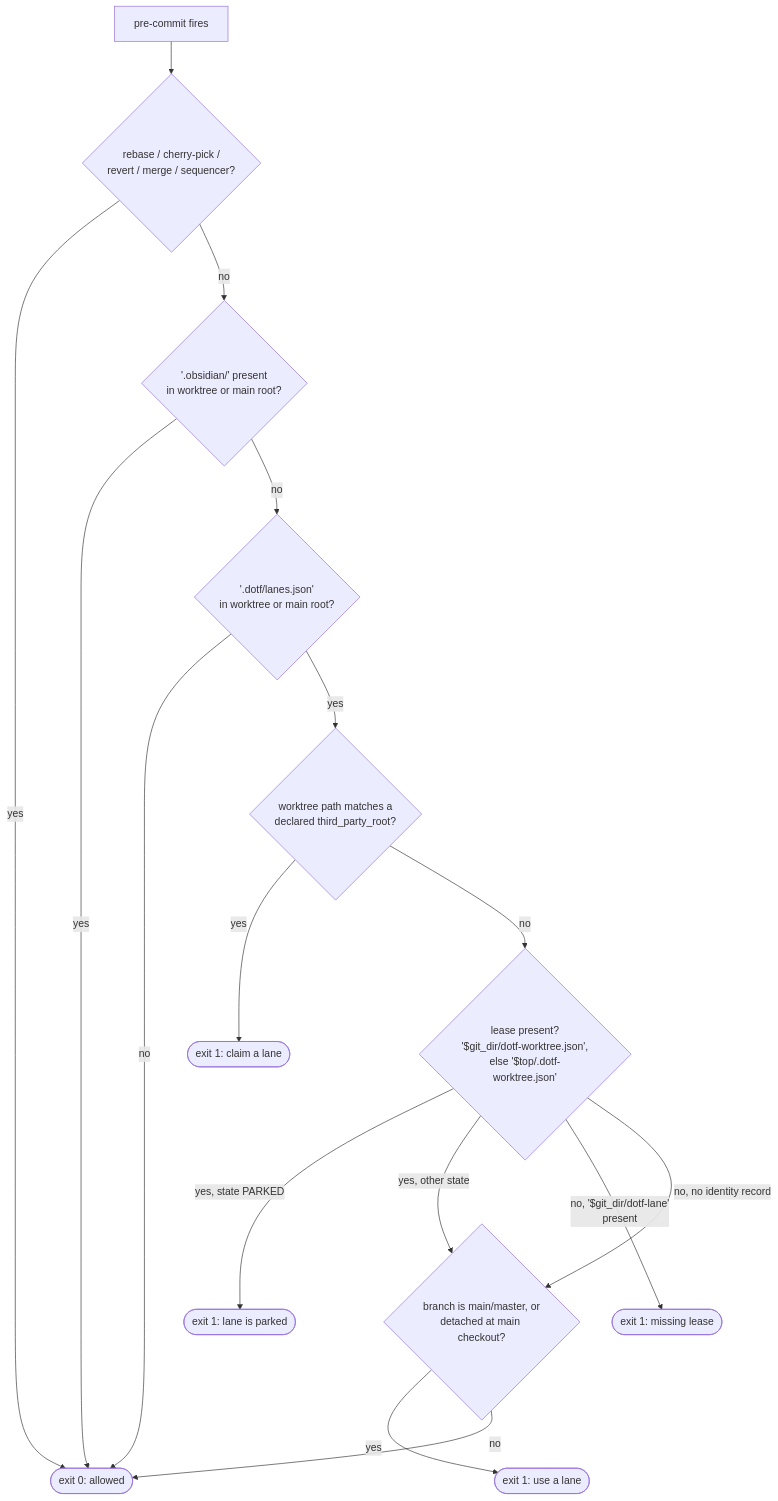
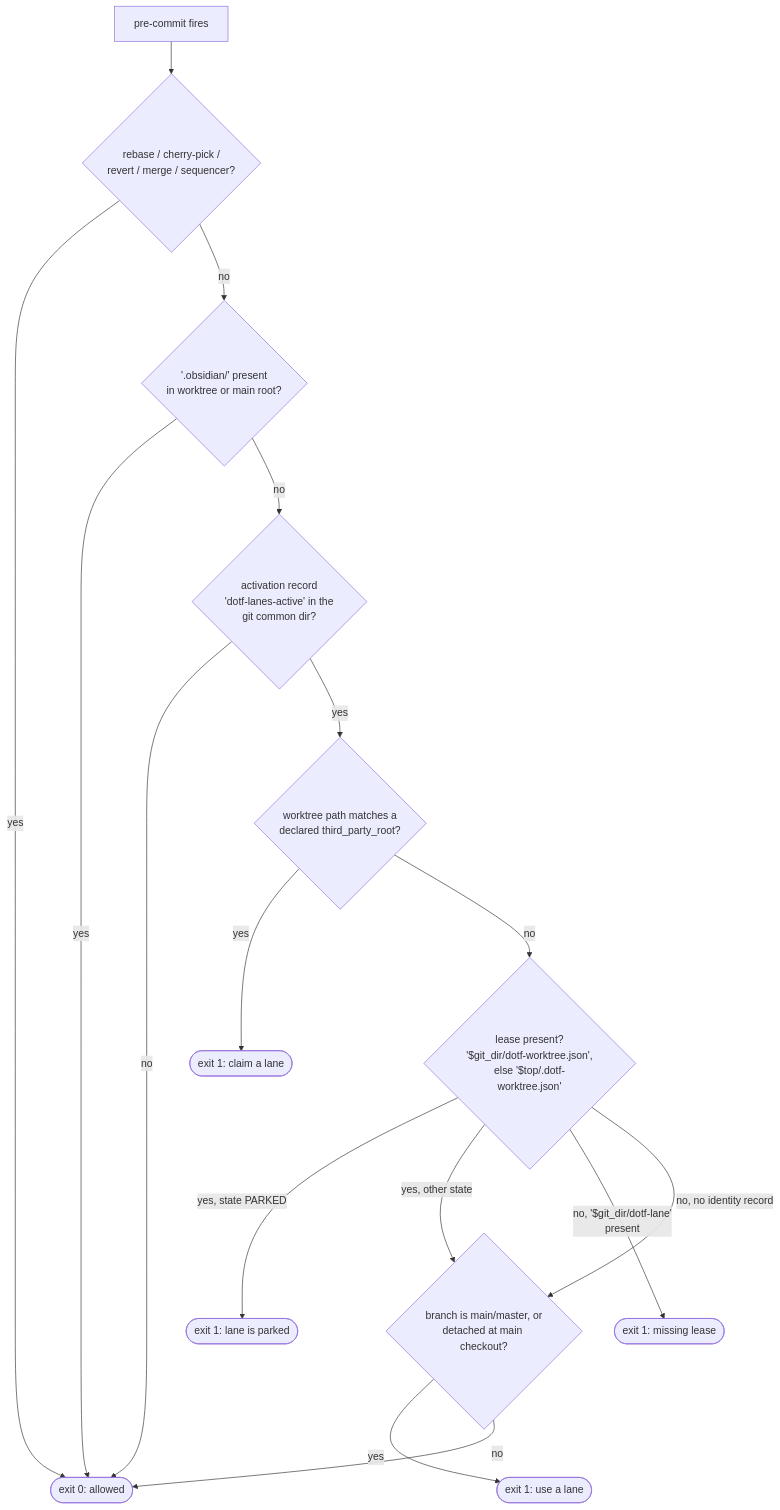
Before and after one commit to mlorentedev/dotfiles: the second of 3 diagrams in docs/runbooks/guide-persistent-named-lanes.md, drawn with Mermaid. The commit also changed other lines of this file and 9 other files, not shown here.

First line of the commit message:
fix(lane-guard): arm from the activation record, never from a marker

````diff
--- a/docs/runbooks/guide-persistent-named-lanes.md
+++ b/docs/runbooks/guide-persistent-named-lanes.md
@@ -98,19 +109,19 @@
 ```mermaid
 flowchart TD
   A[pre-commit fires] --> B{rebase / cherry-pick /<br/>revert / merge / sequencer?}
   B -->|yes| OK([exit 0: allowed])
   B -->|no| C{'.obsidian/' present<br/>in worktree or main root?}
   C -->|yes| OK
-  C -->|no| D{'.dotf/lanes.json'<br/>in worktree or main root?}
+  C -->|no| D{activation record<br/>'dotf-lanes-active' in the<br/>git common dir?}
   D -->|no| OK
   D -->|yes| E{worktree path matches a<br/>declared third_party_root?}
   E -->|yes| B1([exit 1: claim a lane])
   E -->|no| F{lease present?<br/>'$git_dir/dotf-worktree.json',<br/>else '$top/.dotf-worktree.json'}
   F -->|yes, state PARKED| B2([exit 1: lane is parked])
   F -->|yes, other state| H
   F -->|no, '$git_dir/dotf-lane'<br/>present| B3([exit 1: missing lease])
   F -->|no, no identity record| H
   H{branch is main/master, or<br/>detached at main checkout?}
   H -->|yes| B4([exit 1: use a lane])
   H -->|no| OK
 ```
````
